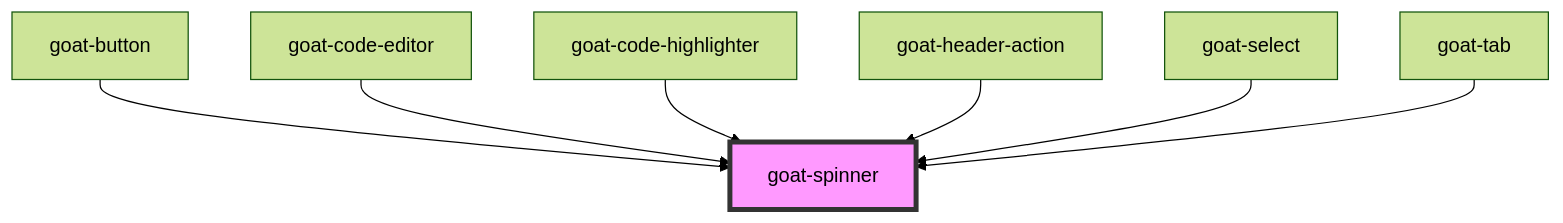
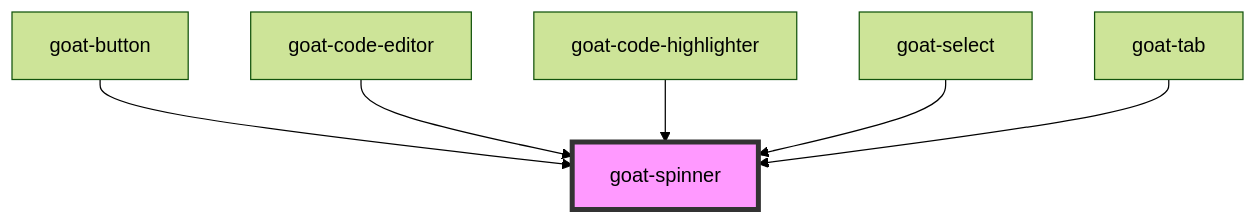
Before and after one commit to goatui/components: the diagram in src/components/content/spinner/readme.md, drawn with Mermaid (forest theme). The commit also changed other lines of this file and 46 other files, not shown here.

````diff
--- a/src/components/content/spinner/readme.md
+++ b/src/components/content/spinner/readme.md
@@ -27,10 +26,9 @@
 ```mermaid
 graph TD;
   goat-button --> goat-spinner
   goat-code-editor --> goat-spinner
   goat-code-highlighter --> goat-spinner
-  goat-header-action --> goat-spinner
   goat-select --> goat-spinner
   goat-tab --> goat-spinner
   style goat-spinner fill:#f9f,stroke:#333,stroke-width:4px
 ```
````
